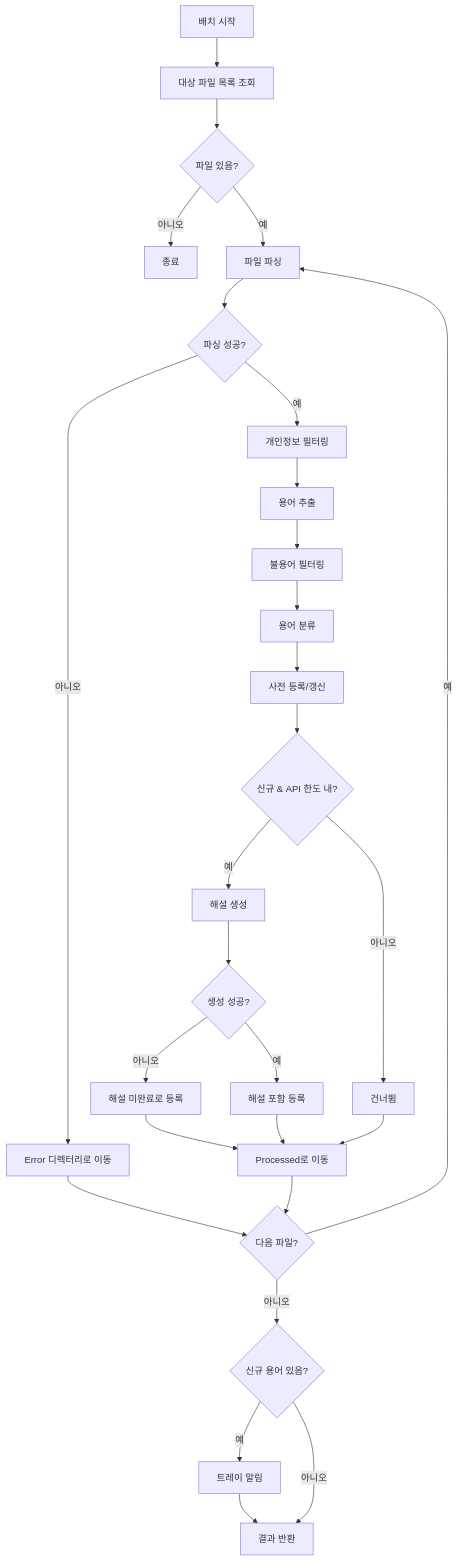
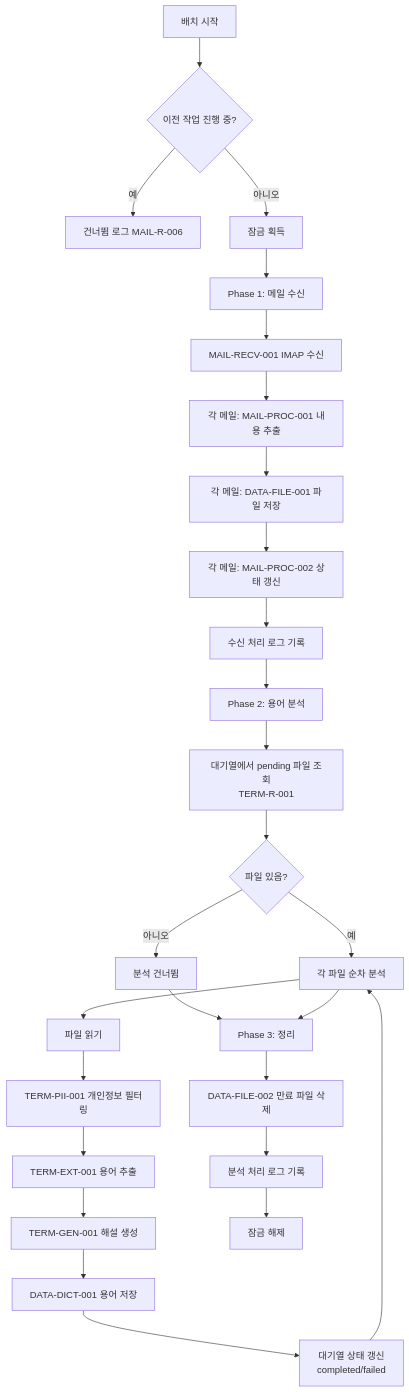
The first of 3 diagrams in docs/specs/functions/func_term-batch-001.md (woongki-jung/Hackathon), drawn with Mermaid before and after one commit. The commit also changed other lines of this file and 113 other files, not shown here.

````diff
--- a/docs/specs/functions/func_term-batch-001.md
+++ b/docs/specs/functions/func_term-batch-001.md
@@ -70,30 +40,29 @@
 ```mermaid
 flowchart TD
-    A[배치 시작] --> B[대상 파일 목록 조회]
-    B --> C{파일 있음?}
-    C -- 아니오 --> D[종료]
-    C -- 예 --> E[파일 파싱]
-    E --> F{파싱 성공?}
-    F -- 아니오 --> G[Error 디렉터리로 이동]
-    G --> H{다음 파일?}
-    F -- 예 --> I[개인정보 필터링]
-    I --> J[용어 추출]
-    J --> K[불용어 필터링]
-    K --> L[용어 분류]
-    L --> M[사전 등록/갱신]
-    M --> N{신규 & API 한도 내?}
-    N -- 예 --> O[해설 생성]
-    N -- 아니오 --> P[건너뜀]
-    O --> Q{생성 성공?}
-    Q -- 아니오 --> R[해설 미완료로 등록]
-    Q -- 예 --> S[해설 포함 등록]
-    R --> T[Processed로 이동]
-    S --> T
-    P --> T
-    T --> H
-    H -- 예 --> E
-    H -- 아니오 --> U{신규 용어 있음?}
-    U -- 예 --> V[트레이 알림]
-    V --> W[결과 반환]
-    U -- 아니오 --> W
+    A[배치 시작] --> B{이전 작업 진행 중?}
+    B -- 예 --> C[건너뜀 로그 MAIL-R-006]
+    B -- 아니오 --> D[잠금 획득]
+    D --> E["Phase 1: 메일 수신"]
+    E --> E1[MAIL-RECV-001 IMAP 수신]
+    E1 --> E2[각 메일: MAIL-PROC-001 내용 추출]
+    E2 --> E3[각 메일: DATA-FILE-001 파일 저장]
+    E3 --> E4[각 메일: MAIL-PROC-002 상태 갱신]
+    E4 --> E5[수신 처리 로그 기록]
+    E5 --> F["Phase 2: 용어 분석"]
+    F --> F1[대기열에서 pending 파일 조회<br/>TERM-R-001]
+    F1 --> F2{파일 있음?}
+    F2 -- 아니오 --> G[분석 건너뜀]
+    F2 -- 예 --> F3[각 파일 순차 분석]
+    F3 --> F4[파일 읽기]
+    F4 --> F5[TERM-PII-001 개인정보 필터링]
+    F5 --> F6[TERM-EXT-001 용어 추출]
+    F6 --> F7[TERM-GEN-001 해설 생성]
+    F7 --> F8[DATA-DICT-001 용어 저장]
+    F8 --> F9[대기열 상태 갱신<br/>completed/failed]
+    F9 --> F3
+    G --> H["Phase 3: 정리"]
+    F3 --> H
+    H --> H1[DATA-FILE-002 만료 파일 삭제]
+    H1 --> H2[분석 처리 로그 기록]
+    H2 --> I[잠금 해제]
 ```
````
